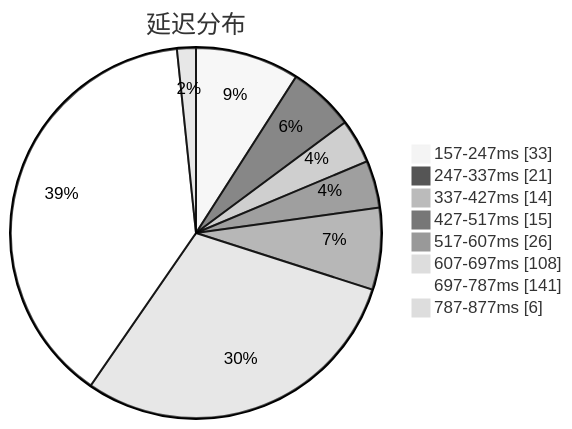
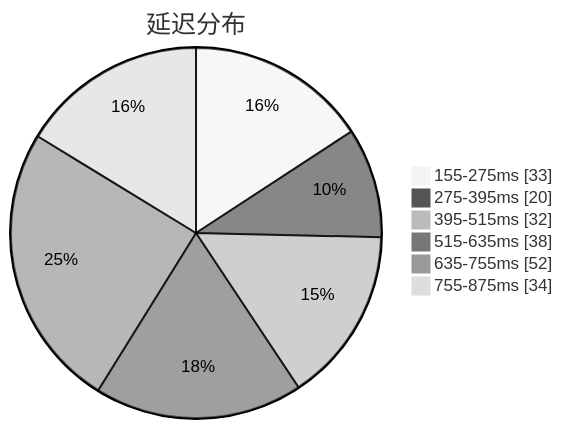
One commit to qjlxg/airport changed the first of 3 diagrams in subs/statistics/tested_within.md. Above: the diagram before and after it, drawn with Mermaid (neutral theme). The commit also changed other lines of this file and 2 other files, not shown here.

````diff
--- a/subs/statistics/tested_within.md
+++ b/subs/statistics/tested_within.md
@@ -2,12 +2,10 @@
 ```mermaid
 pie showData
 title 延迟分布
-"157-247ms" : 33
-"247-337ms" : 21
-"337-427ms" : 14
-"427-517ms" : 15
-"517-607ms" : 26
-"607-697ms" : 108
-"697-787ms" : 141
-"787-877ms" : 6
+"155-275ms" : 33
+"275-395ms" : 20
+"395-515ms" : 32
+"515-635ms" : 38
+"635-755ms" : 52
+"755-875ms" : 34
 ```
````
